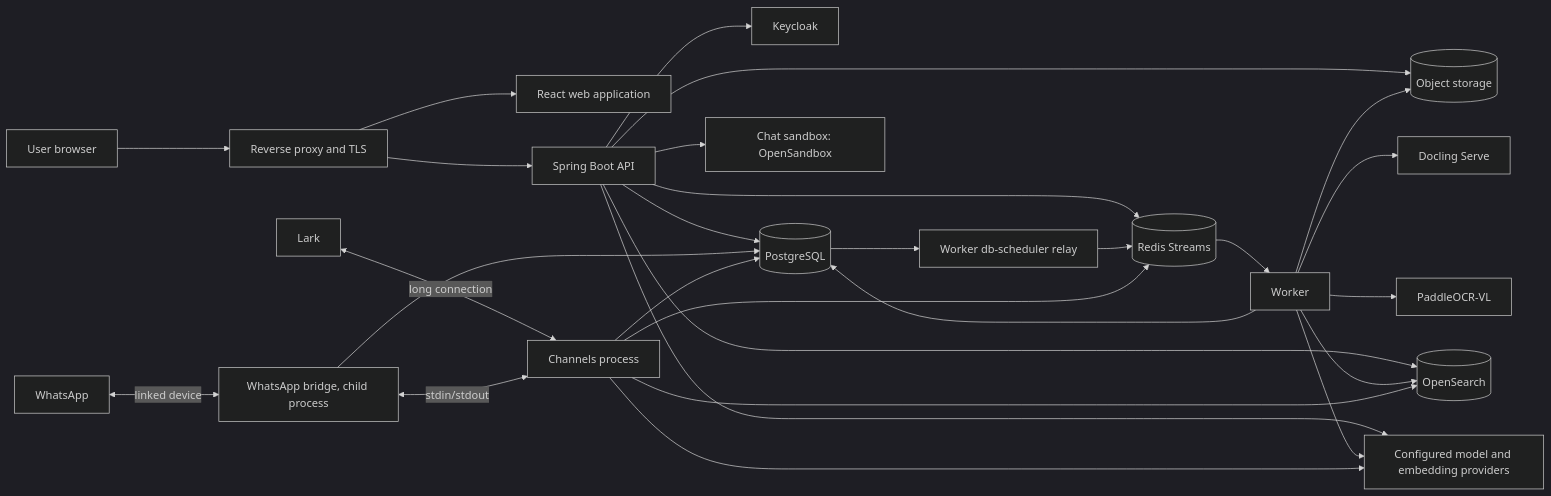
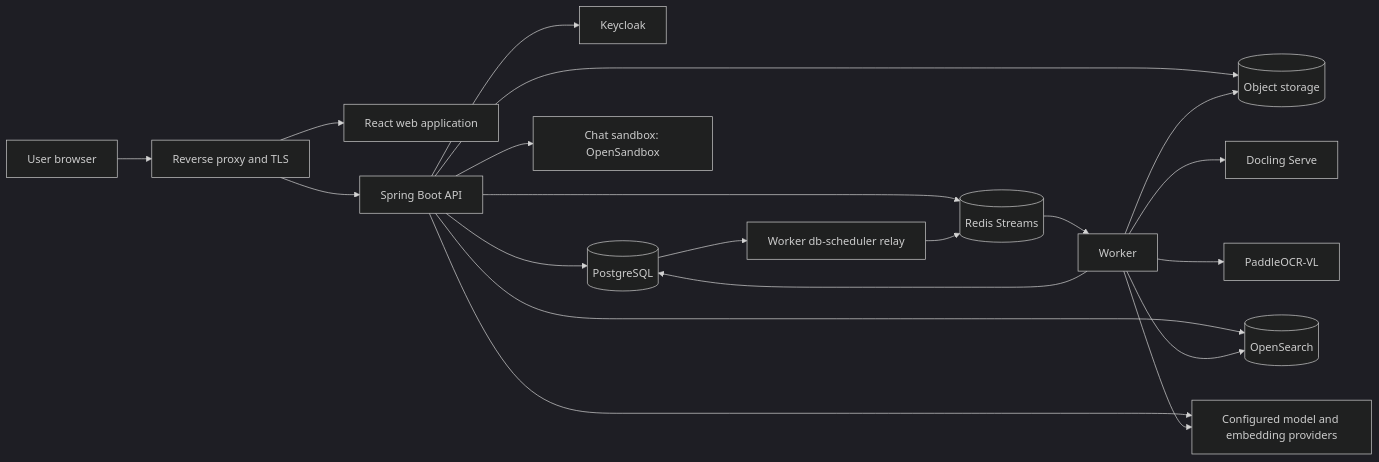
The first of 6 diagrams in ARCHITECTURE.md (kl3inIT/MemoryOS), drawn with Mermaid (dark theme) before and after one commit. The commit also changed other lines of this file and 338 other files, not shown here.

````diff
--- a/ARCHITECTURE.md
+++ b/ARCHITECTURE.md
@@ -9,33 +9,24 @@
 ```mermaid
 flowchart LR
     U[User browser] --> RP[Reverse proxy and TLS]
     RP --> WEB[React web application]
     RP --> API[Spring Boot API]
 
     API --> KC[Keycloak]
     API --> PG[(PostgreSQL)]
     API --> S3[(Object storage)]
     API --> OS[(OpenSearch)]
     API --> LLM[Configured model and embedding providers]
     API --> RS[(Redis Streams)]
     API --> SANDBOX[Chat sandbox: OpenSandbox]
 
     PG --> RELAY[Worker db-scheduler relay]
     RELAY --> RS
     RS --> WORKER[Worker]
     WORKER --> PG
     WORKER --> S3
     WORKER --> DOC[Docling Serve]
     WORKER --> PVL[PaddleOCR-VL]
     WORKER --> OS
     WORKER --> LLM
-
-    LARK[Lark] <-->|long connection| CH[Channels process]
-    WA[WhatsApp] <-->|linked device| WAB[WhatsApp bridge, child process]
-    WAB <-->|stdin/stdout| CH
-    WAB --> PG
-    CH --> PG
-    CH --> RS
-    CH --> OS
-    CH --> LLM
 ```
````
